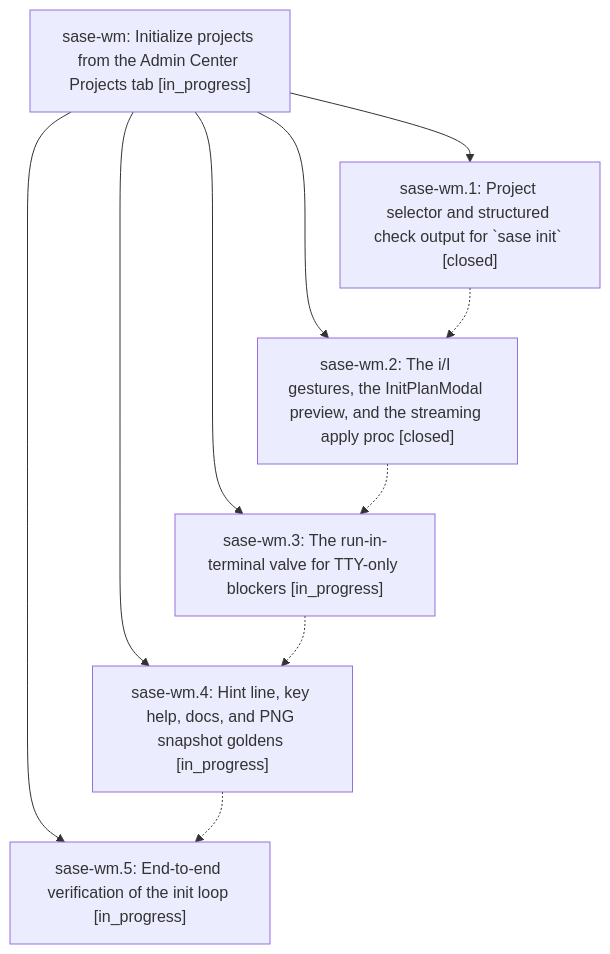
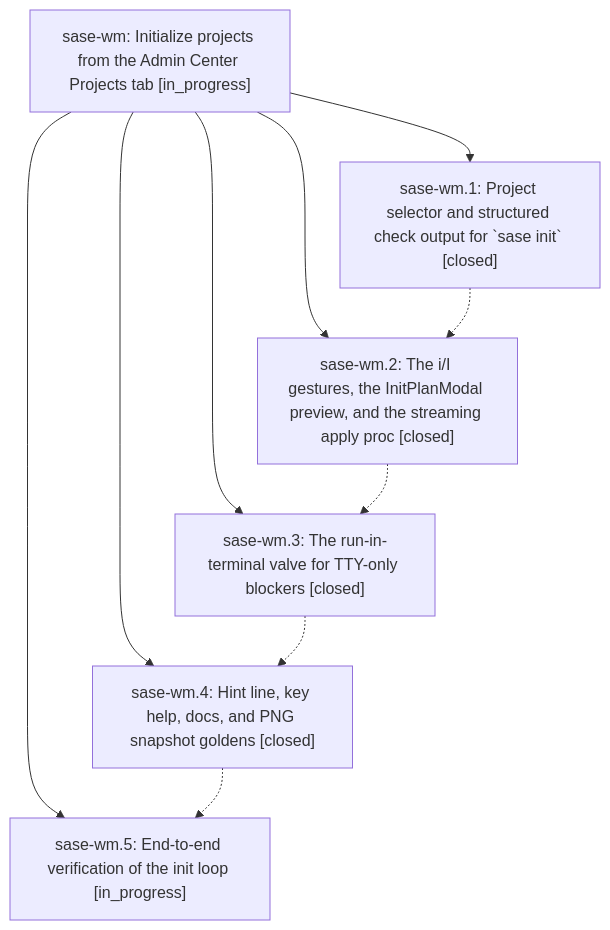
Before and after one commit to sase-org/sase--beads: the diagram in pages/sase-wm/README.md, drawn with Mermaid. The commit also changed other lines of this file and 4 other files, not shown here.

````diff
--- a/pages/sase-wm/README.md
+++ b/pages/sase-wm/README.md
@@ -38,18 +38,18 @@
 ```mermaid
 flowchart TD
     n0["sase-wm: Initialize projects from the Admin Center Projects tab [in_progress]"]
     n1["sase-wm.1: Project selector and structured check output for `sase init` [closed]"]
     n2["sase-wm.2: The i/I gestures, the InitPlanModal preview, and the streaming apply proc [closed]"]
-    n3["sase-wm.3: The run-in-terminal valve for TTY-only blockers [in_progress]"]
-    n4["sase-wm.4: Hint line, key help, docs, and PNG snapshot goldens [in_progress]"]
+    n3["sase-wm.3: The run-in-terminal valve for TTY-only blockers [closed]"]
+    n4["sase-wm.4: Hint line, key help, docs, and PNG snapshot goldens [closed]"]
     n5["sase-wm.5: End-to-end verification of the init loop [in_progress]"]
     n0 --> n1
     n0 --> n2
     n0 --> n3
     n0 --> n4
     n0 --> n5
     n1 -.-> n2
     n2 -.-> n3
     n3 -.-> n4
     n4 -.-> n5
 ```
````
